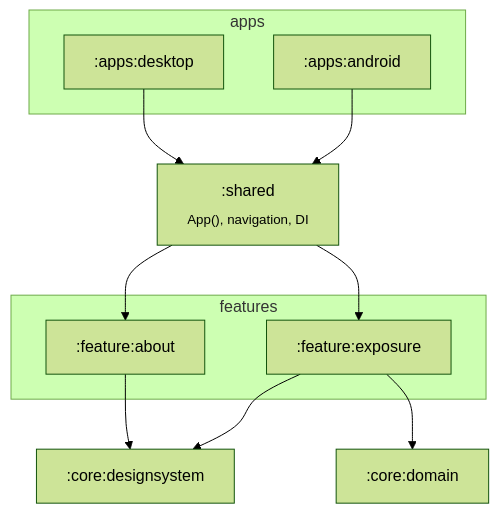
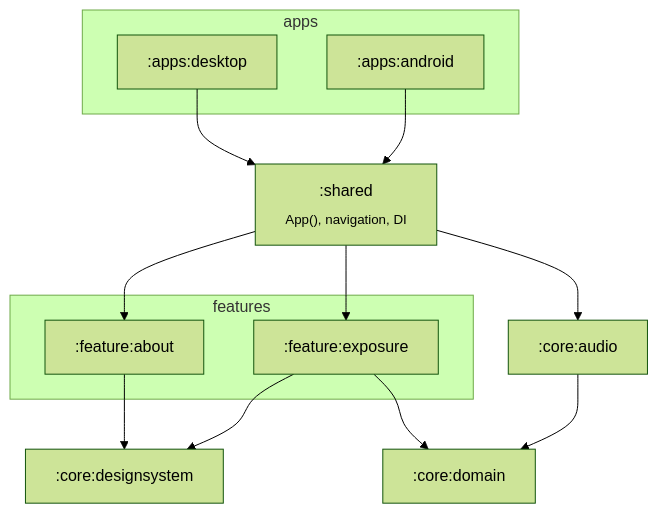
One commit to JeanCarloLond/WHLambda changed the first of 2 diagrams in docs/architecture.md. Above: the diagram before and after it, drawn with Mermaid (forest theme). The commit also changed other lines of this file and 14 other files, not shown here.

````diff
--- a/docs/architecture.md
+++ b/docs/architecture.md
@@ -10,22 +10,24 @@
 ```mermaid
 flowchart TB
     subgraph apps
         android[":apps:android"]
         desktop[":apps:desktop"]
     end
     shared[":shared<br/><sub>App(), navigation, DI</sub>"]
     subgraph features
         exposure[":feature:exposure"]
         about[":feature:about"]
     end
     designsystem[":core:designsystem"]
     domain[":core:domain"]
 
     android --> shared
     desktop --> shared
     shared --> exposure
     shared --> about
+    shared --> audio[":core:audio"]
+    audio --> domain
     exposure --> designsystem
     exposure --> domain
     about --> designsystem
 ```
````
